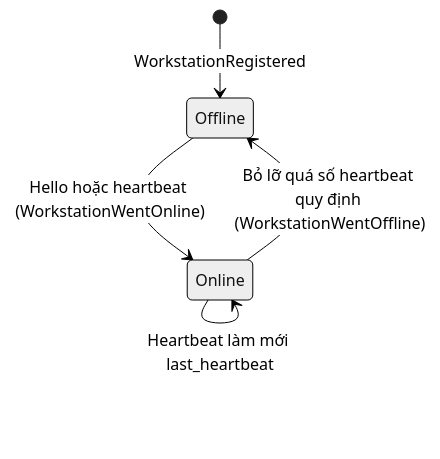
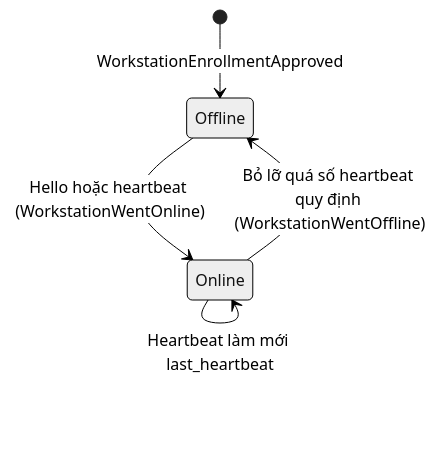
The third of 5 diagrams in design/docs/05-behavior/state-machines/README.md (binhtoong21/linux-access-control), drawn with Mermaid (neutral theme) before and after one commit. The commit also changed other lines of this file and 27 other files, not shown here.

Commit message:
refactor: Address review feedback on clock floor formula, pending recovery, workstation busy check, and enrollment request

````diff
--- a/design/docs/05-behavior/state-machines/README.md
+++ b/design/docs/05-behavior/state-machines/README.md
@@ -40,7 +40,7 @@
 ```mermaid
 stateDiagram-v2
-    [*] --> Offline: WorkstationRegistered
+    [*] --> Offline: WorkstationEnrollmentApproved
     Offline --> Online: Hello hoặc heartbeat (WorkstationWentOnline)
     Online --> Offline: Bỏ lỡ quá số heartbeat quy định (WorkstationWentOffline)
     Online --> Online: Heartbeat làm mới last_heartbeat
 ```
````
